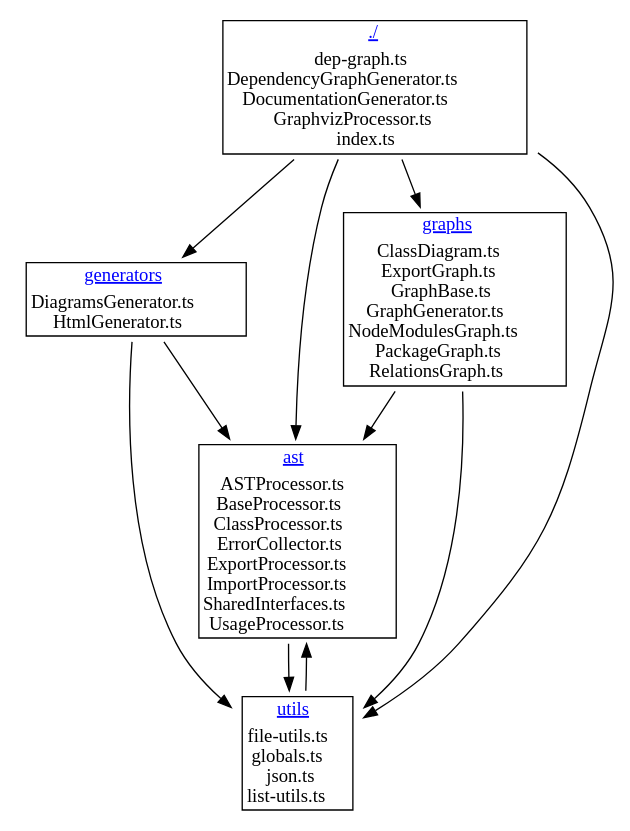
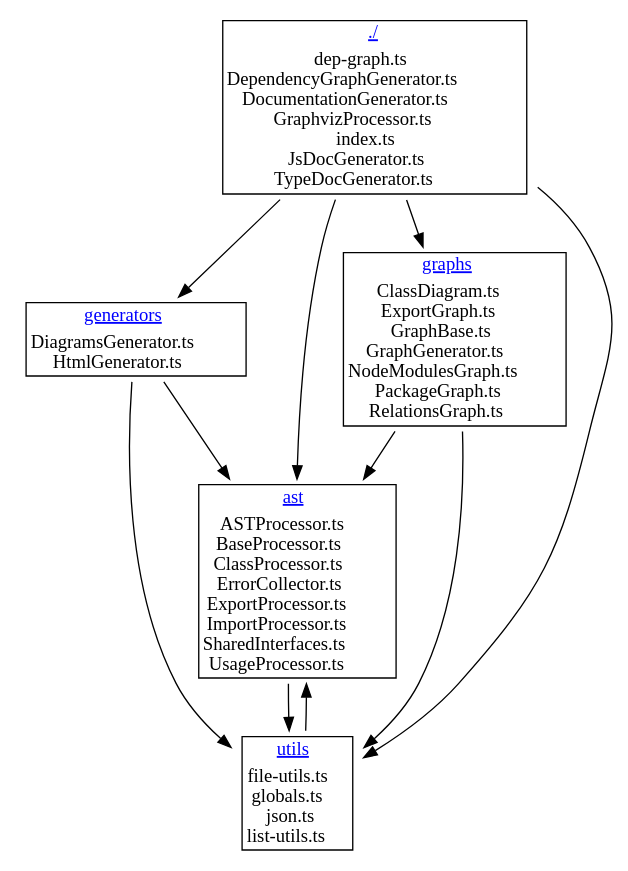
The diagram in dep-graph-ts/Package.dot (fleebe/GitHubPages), drawn with Graphviz before and after one commit. The commit also changed 105 other files, not shown here.

Commit message:
Update docs for dep-graph-ts from fleebe/dep-graph-ts workflow

```diff
--- a/dep-graph-ts/Package.dot
+++ b/dep-graph-ts/Package.dot
@@ -1,64 +1,66 @@
 digraph {label="";
 labelloc="t";
 "" [shape=none, label=<<TABLE cellspacing="0" cellborder="0" align="left">
 <TR><TD ALIGN="center" HREF="diagrams.html#base" TARGET="_top"><U><font color="blue">./</font></U></TD></TR>
 <TR><TD ALIGN="left">
 dep-graph.ts<BR/>
 DependencyGraphGenerator.ts<BR/>
 DocumentationGenerator.ts<BR/>
 GraphvizProcessor.ts<BR/>
 index.ts<BR/>
+JsDocGenerator.ts<BR/>
+TypeDocGenerator.ts<BR/>
 </TD></TR>
 </TABLE>>];
 "ast" [shape=none, label=<<TABLE cellspacing="0" cellborder="0" align="left">
 <TR><TD ALIGN="center" HREF="diagrams.html#ast" TARGET="_top"><U><font color="blue">ast</font></U></TD></TR>
 <TR><TD ALIGN="left">
 ASTProcessor.ts<BR/>
 BaseProcessor.ts<BR/>
 ClassProcessor.ts<BR/>
 ErrorCollector.ts<BR/>
 ExportProcessor.ts<BR/>
 ImportProcessor.ts<BR/>
 SharedInterfaces.ts<BR/>
 UsageProcessor.ts<BR/>
 </TD></TR>
 </TABLE>>];
 "generators" [shape=none, label=<<TABLE cellspacing="0" cellborder="0" align="left">
 <TR><TD ALIGN="center" HREF="diagrams.html#generators" TARGET="_top"><U><font color="blue">generators</font></U></TD></TR>
 <TR><TD ALIGN="left">
 DiagramsGenerator.ts<BR/>
 HtmlGenerator.ts<BR/>
 </TD></TR>
 </TABLE>>];
 "graphs" [shape=none, label=<<TABLE cellspacing="0" cellborder="0" align="left">
 <TR><TD ALIGN="center" HREF="diagrams.html#graphs" TARGET="_top"><U><font color="blue">graphs</font></U></TD></TR>
 <TR><TD ALIGN="left">
 ClassDiagram.ts<BR/>
 ExportGraph.ts<BR/>
 GraphBase.ts<BR/>
 GraphGenerator.ts<BR/>
 NodeModulesGraph.ts<BR/>
 PackageGraph.ts<BR/>
 RelationsGraph.ts<BR/>
 </TD></TR>
 </TABLE>>];
 "utils" [shape=none, label=<<TABLE cellspacing="0" cellborder="0" align="left">
 <TR><TD ALIGN="center" HREF="diagrams.html#utils" TARGET="_top"><U><font color="blue">utils</font></U></TD></TR>
 <TR><TD ALIGN="left">
 file-utils.ts<BR/>
 globals.ts<BR/>
 json.ts<BR/>
 list-utils.ts<BR/>
 </TD></TR>
 </TABLE>>];
 ""->"generators";
 ""->"utils";
 ""->"graphs";
 ""->"ast";
 "ast"->"utils";
 "generators"->"utils";
 "generators"->"ast";
 "graphs"->"ast";
 "graphs"->"utils";
 "utils"->"ast";
 }
```
